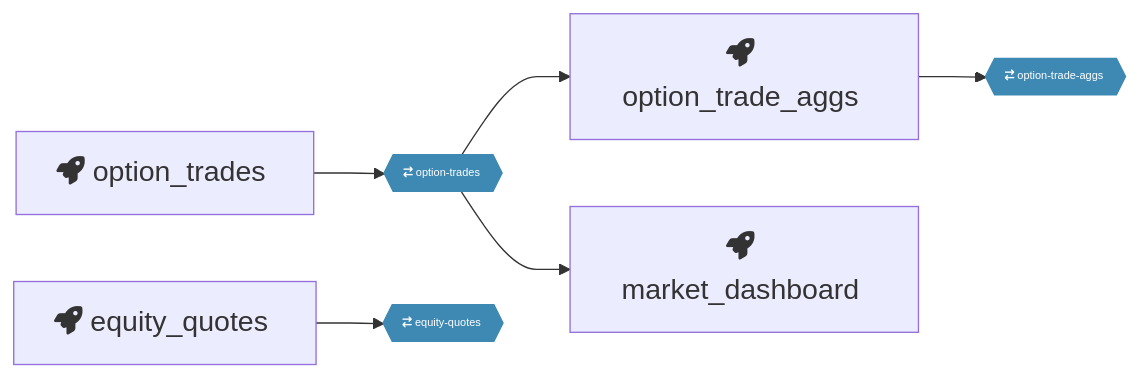
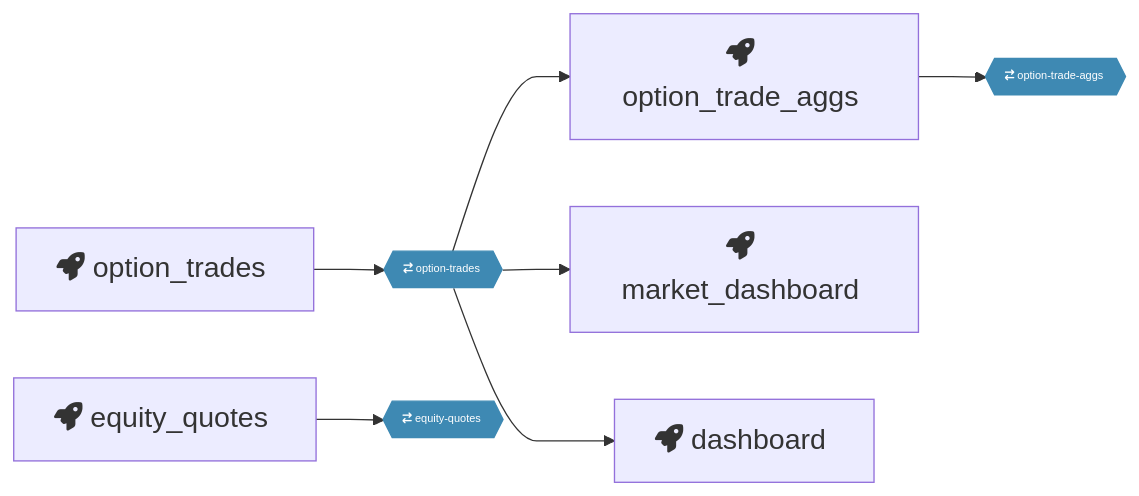
One commit to macanderson/ts-data-pipeline changed the diagram in pipeline.md. Above: the diagram before and after it, drawn with Mermaid. The commit also changed 81 other files, not shown here.

````diff
--- a/pipeline.md
+++ b/pipeline.md
@@ -1,16 +1,17 @@
 ```mermaid
 %%{ init: { 'flowchart': { 'curve': 'monotoneX' } } }%%
 graph LR;
 option_trades[fa:fa-rocket option_trades &#8205] --> option-trades{{ fa:fa-arrow-right-arrow-left option-trades &#8205}}:::topic;
 option-trades{{ fa:fa-arrow-right-arrow-left option-trades &#8205}}:::topic --> option_trade_aggs[fa:fa-rocket option_trade_aggs &#8205];
 option_trade_aggs[fa:fa-rocket option_trade_aggs &#8205] --> option-trade-aggs{{ fa:fa-arrow-right-arrow-left option-trade-aggs &#8205}}:::topic;
 option-trades{{ fa:fa-arrow-right-arrow-left option-trades &#8205}}:::topic --> market_dashboard[fa:fa-rocket market_dashboard &#8205];
 equity_quotes[fa:fa-rocket equity_quotes &#8205] --> equity-quotes{{ fa:fa-arrow-right-arrow-left equity-quotes &#8205}}:::topic;
+option-trades{{ fa:fa-arrow-right-arrow-left option-trades &#8205}}:::topic --> dashboard[fa:fa-rocket dashboard &#8205];
 
 
 classDef default font-size:110%;
 classDef topic font-size:80%;
 classDef topic fill:#3E89B3;
 classDef topic stroke:#3E89B3;
 classDef topic color:white;
 ```
````
